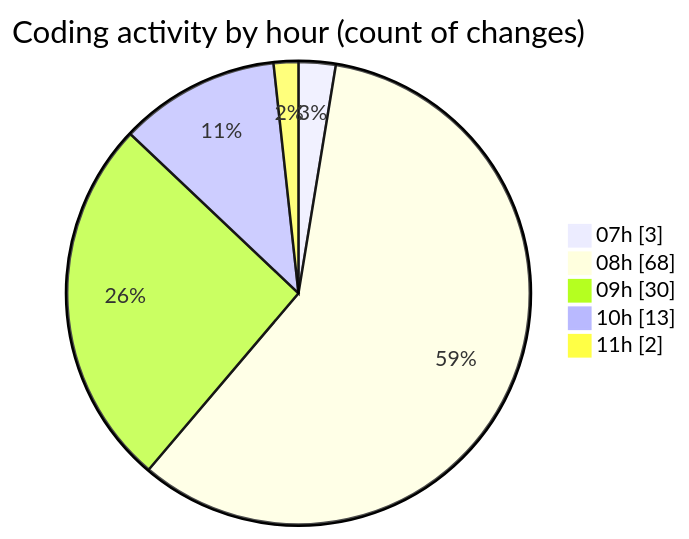
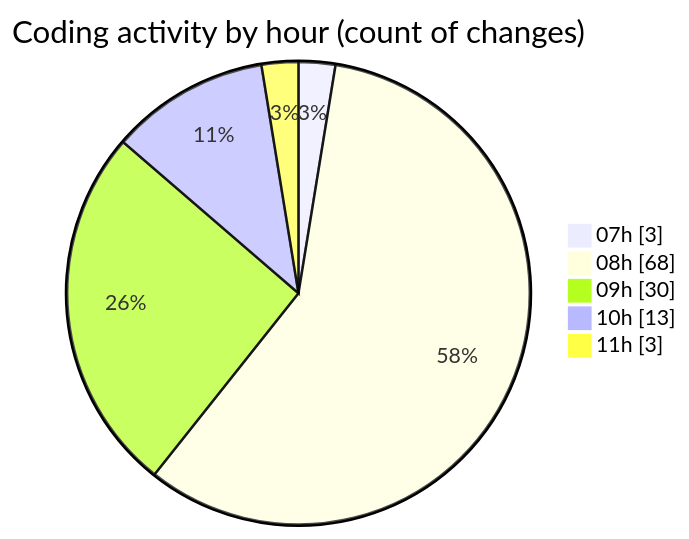
One commit to lephambinh05/code-tracking changed the second of 2 diagrams in 2025-07-10/toolsopenemalpass/README.md. Above: the diagram before and after it, drawn with Mermaid. The commit also changed other lines of this file and 1 other file, not shown here.

````diff
--- a/2025-07-10/toolsopenemalpass/README.md
+++ b/2025-07-10/toolsopenemalpass/README.md
@@ -76,9 +76,9 @@
 ```mermaid
 pie showData
 title Coding activity by hour (count of changes)
 "07h" : 3
 "08h" : 68
 "09h" : 30
 "10h" : 13
-"11h" : 2
+"11h" : 3
 ```
````
